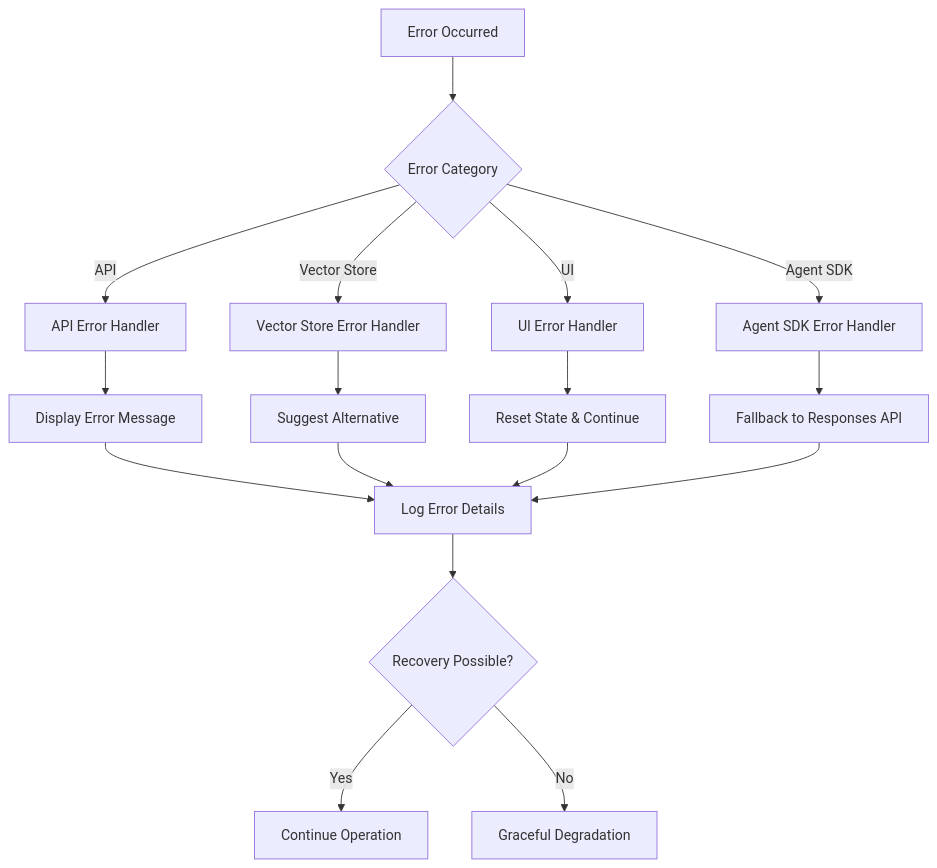
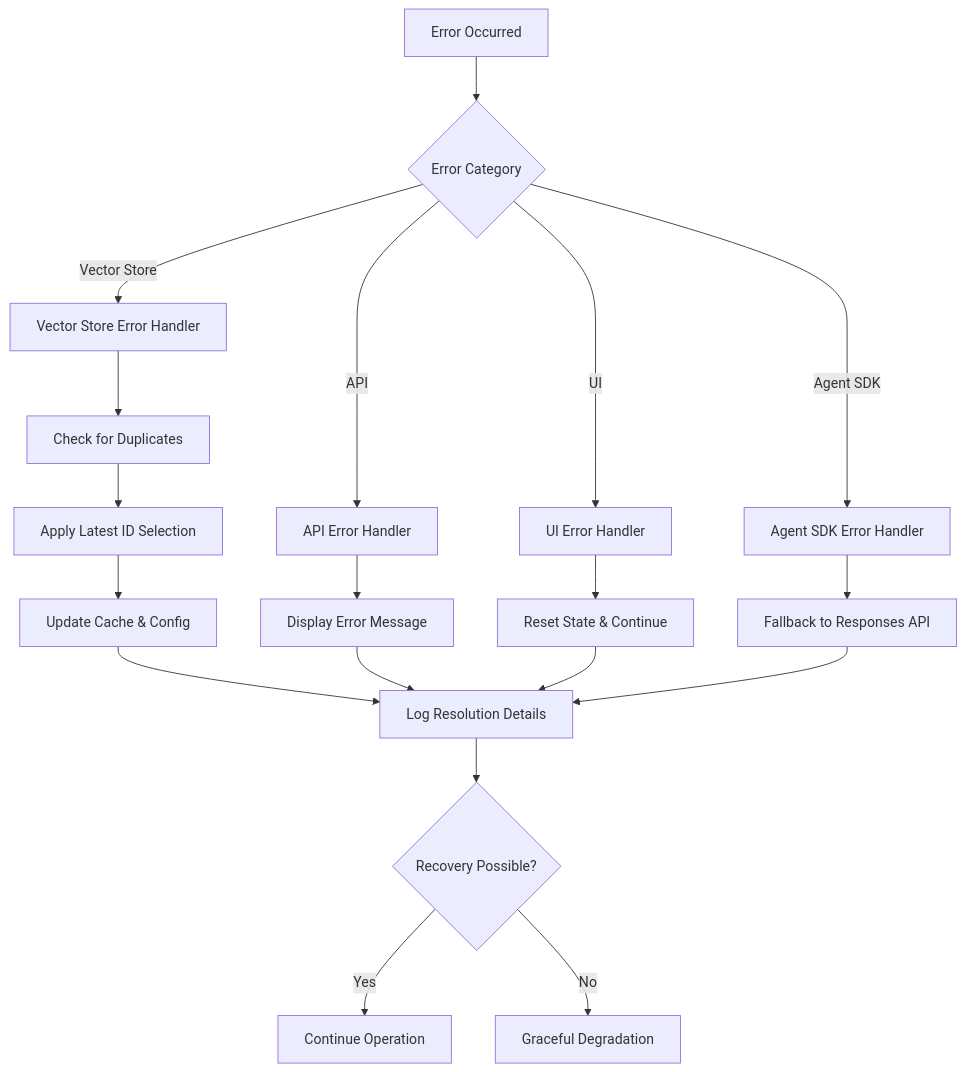
Before and after one commit to nakashima2toshio/openai_rag_app: diagram 15 of 15 in doc/a30_30_rag_search.md, drawn with Mermaid. The commit also changed other lines of this file, not shown here.

````diff
--- a/doc/a30_30_rag_search.md
+++ b/doc/a30_30_rag_search.md
@@ -836,22 +757,25 @@
 ```mermaid
 graph TD
     A["Error Occurred"] --> B{"Error Category"}
-    B -->|API| C["API Error Handler"]
-    B -->|Vector Store| D["Vector Store Error Handler"]
+    B -->|Vector Store| C["Vector Store Error Handler"]
+    B -->|API| D["API Error Handler"]
     B -->|UI| E["UI Error Handler"]
     B -->|Agent SDK| F["Agent SDK Error Handler"]
-  
-    C --> G["Display Error Message"]
-    D --> H["Suggest Alternative"]
-    E --> I["Reset State & Continue"]
-    F --> J["Fallback to Responses API"]
-  
-    G --> K["Log Error Details"]
-    H --> K
-    I --> K
-    J --> K
-  
-    K --> L{"Recovery Possible?"}
-    L -->|Yes| M["Continue Operation"]
-    L -->|No| N["Graceful Degradation"]
+
+    C --> G["Check for Duplicates"]
+    G --> H["Apply Latest ID Selection"]
+    H --> I["Update Cache & Config"]
+
+    D --> J["Display Error Message"]
+    E --> K["Reset State & Continue"]
+    F --> L["Fallback to Responses API"]
+
+    I --> M["Log Resolution Details"]
+    J --> M
+    K --> M
+    L --> M
+
+    M --> N{"Recovery Possible?"}
+    N -->|Yes| O["Continue Operation"]
+    N -->|No| P["Graceful Degradation"]
 ```
````
